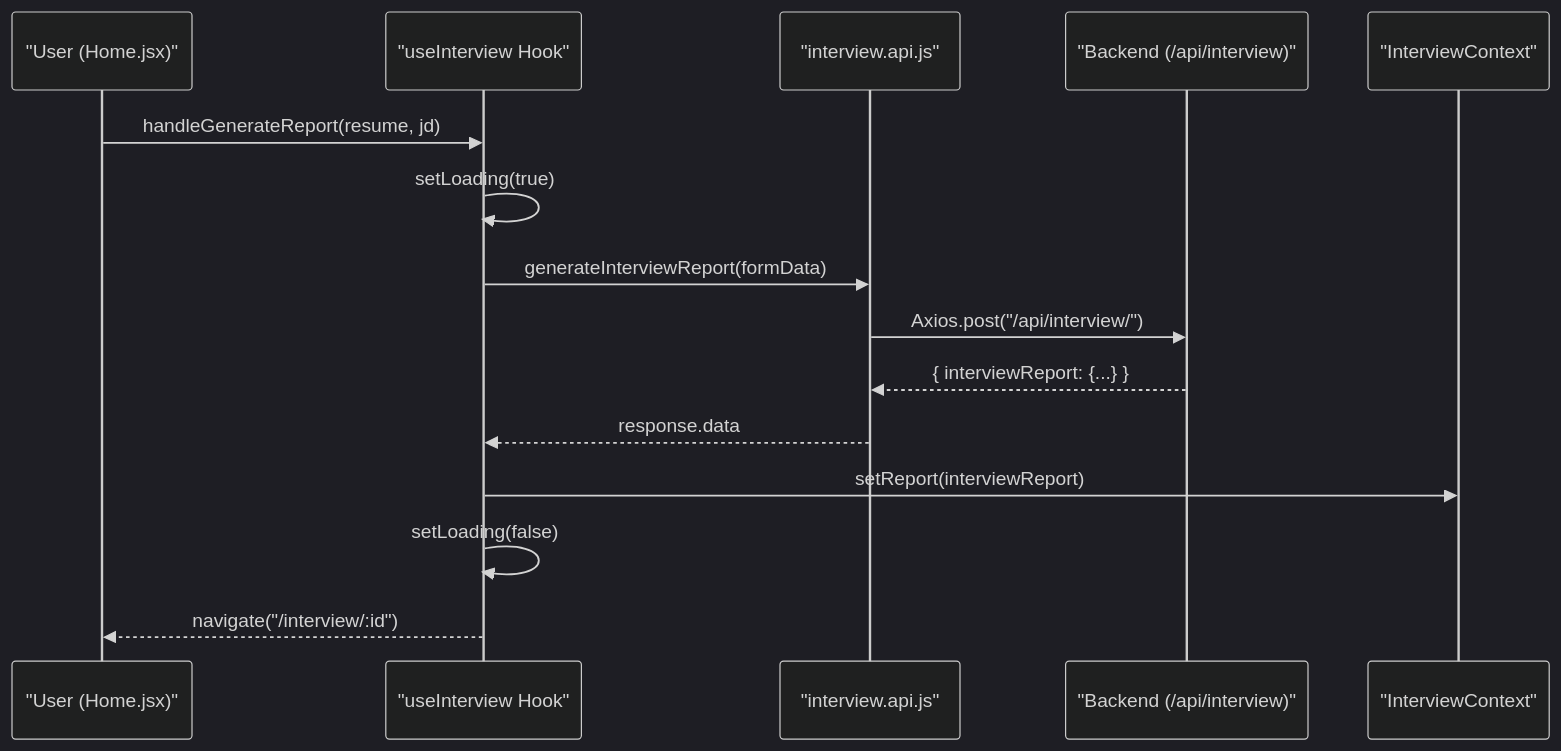
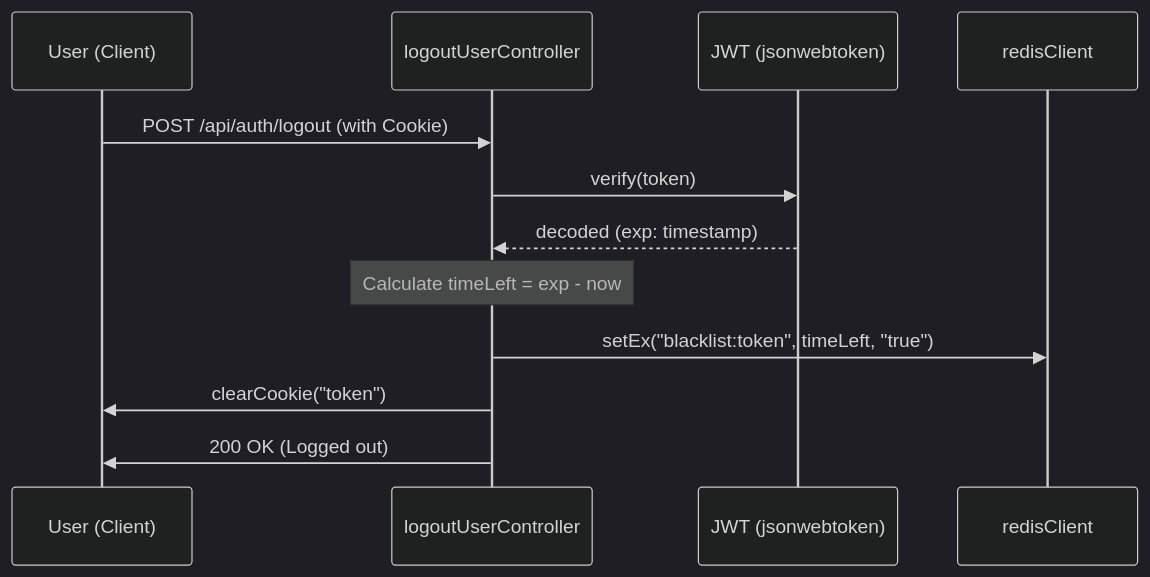
Before and after one commit to harshitzofficial/Job-Prep-Platform: the eighth of 15 diagrams in README.md, drawn with Mermaid (dark theme). The commit also changed other lines of this file, not shown here.

````diff
--- a/README.md
+++ b/README.md
@@ -637,18 +563,15 @@
 ```mermaid
 sequenceDiagram
-    participant U as "User (Home.jsx)"
-    participant H as "useInterview Hook"
-    participant S as "interview.api.js"
-    participant B as "Backend (/api/interview)"
-    participant C as "InterviewContext"
-
-    U->>H: handleGenerateReport(resume, jd)
-    H->>H: setLoading(true)
-    H->>S: generateInterviewReport(formData)
-    S->>B: Axios.post("/api/interview/")
-    B-->>S: { interviewReport: {...} }
-    S-->>H: response.data
-    H->>C: setReport(interviewReport)
-    H->>H: setLoading(false)
-    H-->>U: navigate("/interview/:id")
+    participant U as User (Client)
+    participant C as logoutUserController
+    participant J as JWT (jsonwebtoken)
+    participant R as redisClient
+ 
+    U->>C: POST /api/auth/logout (with Cookie)
+    C->>J: verify(token)
+    J-->>C: decoded (exp: timestamp)
+    Note over C: Calculate timeLeft = exp - now
+    C->>R: setEx("blacklist:token", timeLeft, "true")
+    C->>U: clearCookie("token")
+    C->>U: 200 OK (Logged out)
 ```
````
